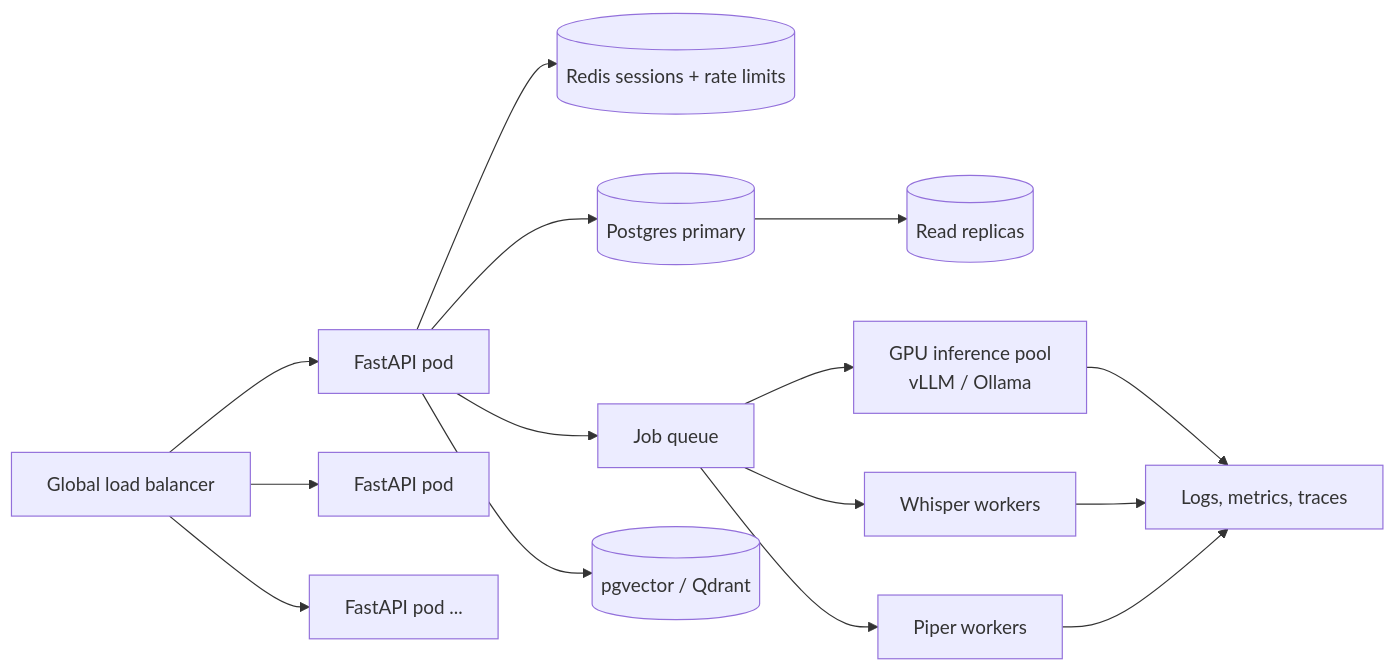
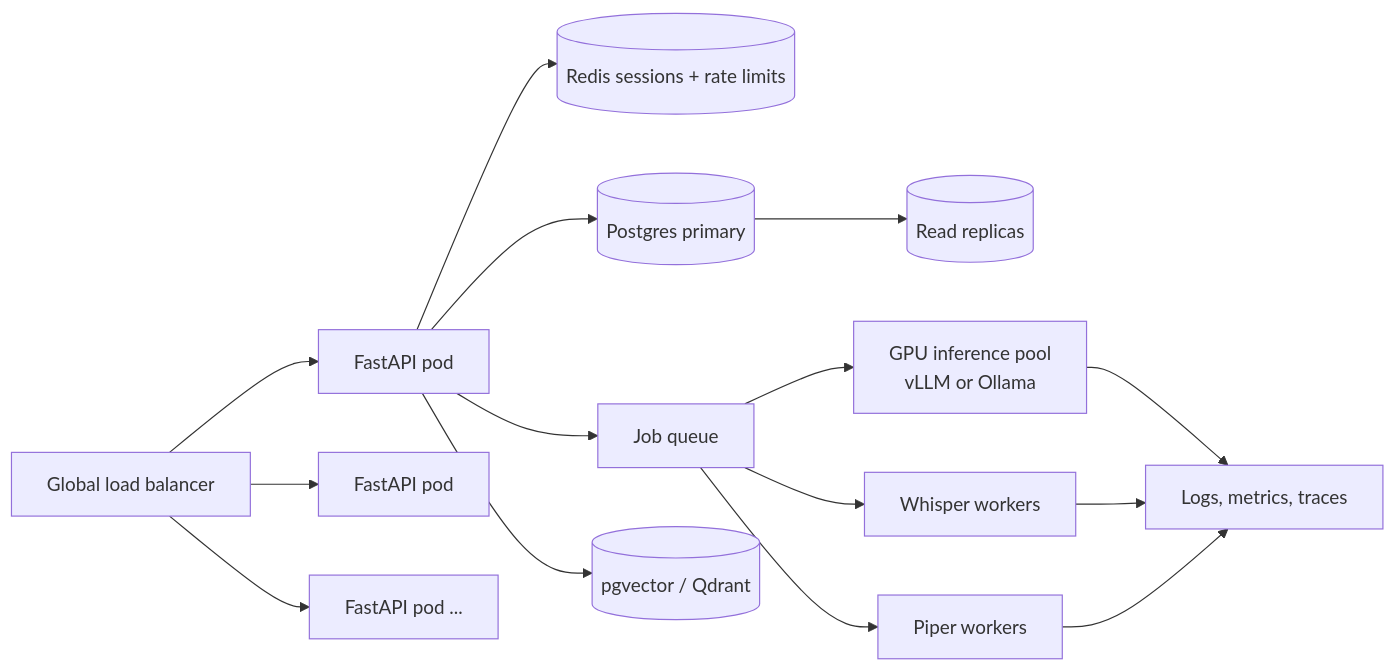
One commit to KoppisettiGnanaVishnu/Saathi-AI-SALES-VOICE-AGENT changed the fourth of 4 diagrams in docs/architecture.md. Above: the diagram before and after it, drawn with Mermaid. The commit also changed other lines of this file, not shown here.

First line of the commit message:
docs(architecture): fix Mermaid syntax and update chunk count

````diff
--- a/docs/architecture.md
+++ b/docs/architecture.md
@@ -166,17 +166,17 @@
 ```mermaid
 flowchart LR
     LB[Global load balancer] --> API1[FastAPI pod]
     LB --> API2[FastAPI pod]
     LB --> APIN[FastAPI pod ...]
     API1 --> REDIS[(Redis sessions + rate limits)]
     API1 --> PG[(Postgres primary)]
     PG --> REPL[(Read replicas)]
     API1 --> Q[Job queue]
-    Q --> INF[GPU inference pool<br/>vLLM / Ollama]
+    Q --> INF["GPU inference pool<br/>vLLM or Ollama"]
     Q --> STT[Whisper workers]
     Q --> TTS[Piper workers]
     API1 --> VDB[(pgvector / Qdrant)]
     INF --> OBS[Logs, metrics, traces]
     STT --> OBS
     TTS --> OBS
 ```
````
